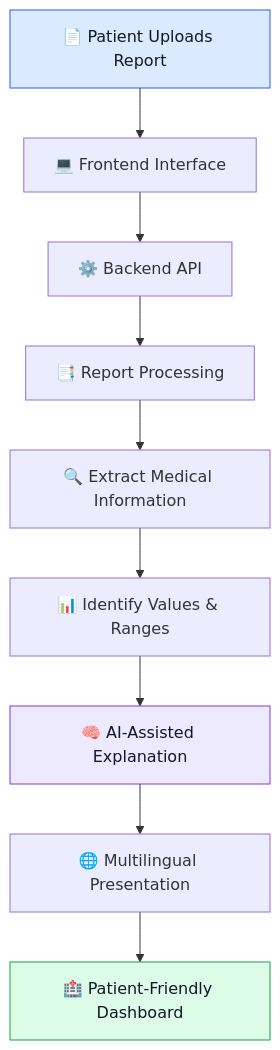
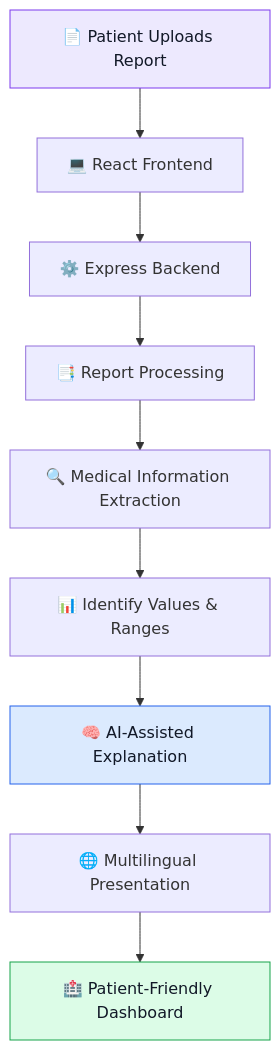
Before and after one commit to mohammadjubaid76-collab/Med_Decoder: the first of 3 diagrams in README.md, drawn with Mermaid. The commit also changed other lines of this file, not shown here.

````diff
--- a/README.md
+++ b/README.md
@@ -139,15 +144,15 @@
 ```mermaid
 flowchart TD
-    A["📄 Patient Uploads Report"] --> B["💻 Frontend Interface"]
-    B --> C["⚙️ Backend API"]
+    A["📄 Patient Uploads Report"] --> B["💻 React Frontend"]
+    B --> C["⚙️ Express Backend"]
     C --> D["📑 Report Processing"]
-    D --> E["🔍 Extract Medical Information"]
+    D --> E["🔍 Medical Information Extraction"]
     E --> F["📊 Identify Values & Ranges"]
     F --> G["🧠 AI-Assisted Explanation"]
     G --> H["🌐 Multilingual Presentation"]
     H --> I["🏥 Patient-Friendly Dashboard"]
 
-    style A fill:#DBEAFE,stroke:#2563EB,color:#111827
-    style G fill:#EDE9FE,stroke:#7C3AED,color:#111827
+    style A fill:#EDE9FE,stroke:#7C3AED,color:#111827
+    style G fill:#DBEAFE,stroke:#2563EB,color:#111827
     style I fill:#DCFCE7,stroke:#16A34A,color:#111827
 ```
````
